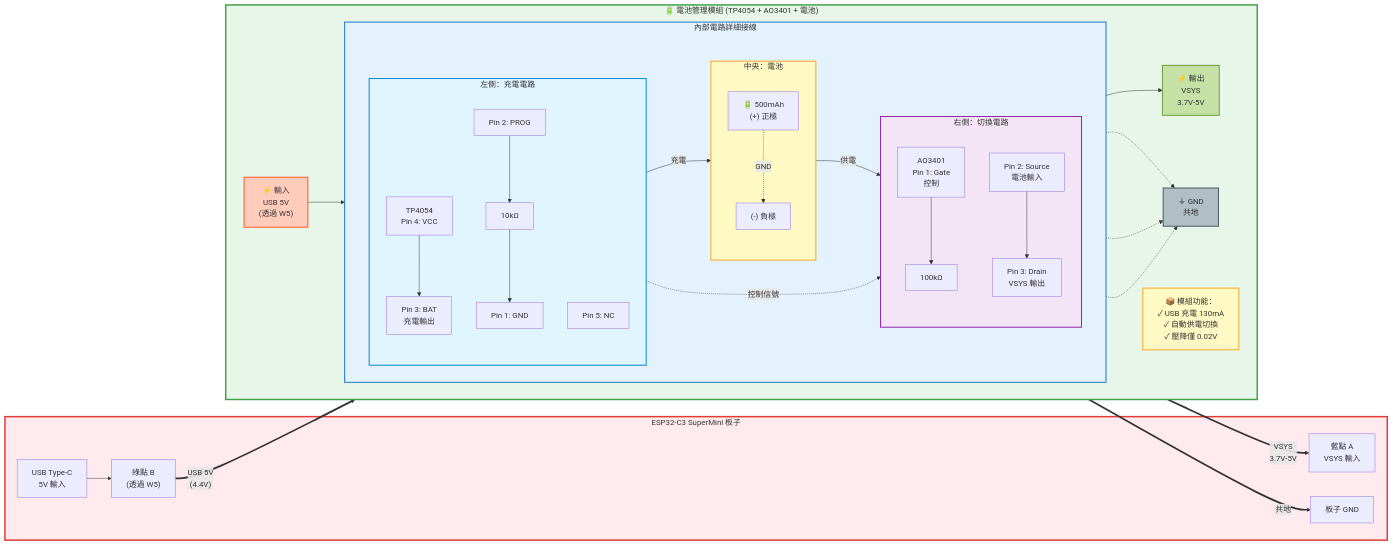
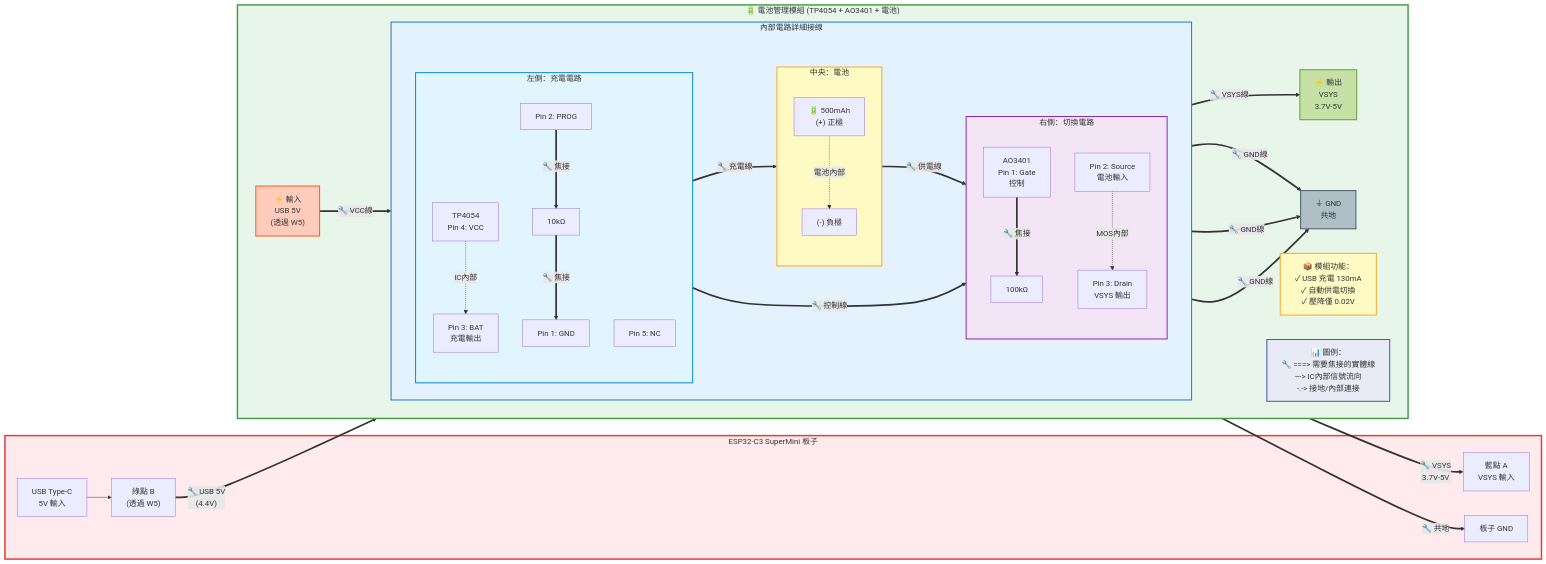
Before and after one commit to DanielYJHsieh/esp32c3: the first of 2 diagrams in battery_management/docs/SUPERMINI_BATTERY_DESIGN.md, drawn with Mermaid. The commit also changed 1 other file, not shown here.

Commit message:
電路圖新增線條圖例：🔧 粗線表示需焊接的實體線，虛線表示IC內部連接

```diff
--- a/battery_management/docs/SUPERMINI_BATTERY_DESIGN.md
+++ b/battery_management/docs/SUPERMINI_BATTERY_DESIGN.md
@@ -159,16 +159,16 @@
                 TP_GND["Pin 1: GND"]
                 TP_NC["Pin 5: NC"]
                 
-                TP_VCC --> TP_BAT
-                TP_PROG --> R_PROG
-                R_PROG --> TP_GND
+                TP_VCC -.->|IC內部| TP_BAT
+                TP_PROG ==>|"🔧 焦接"| R_PROG
+                R_PROG ==>|"🔧 焦接"| TP_GND
             end
             
             subgraph CENTER_CIRCUIT["中央：電池"]
                 direction TB
                 BAT_POS["🔋 500mAh<br/>(+) 正極"]
                 BAT_NEG["(-) 負極"]
-                BAT_POS -.->|GND| BAT_NEG
+                BAT_POS -.->|電池內部| BAT_NEG
             end
             
             subgraph RIGHT_CIRCUIT["右側：切換電路"]
@@ -178,33 +178,36 @@
                 AO_SOURCE["Pin 2: Source<br/>電池輸入"]
                 AO_DRAIN["Pin 3: Drain<br/>VSYS 輸出"]
                 
-                AO_GATE --> R_GATE
-                AO_SOURCE --> AO_DRAIN
+                AO_GATE ==>|"🔧 焦接"| R_GATE
+                AO_SOURCE -.->|MOS內部| AO_DRAIN
             end
             
-            TP_BAT -->|充電| BAT_POS
-            BAT_POS -->|供電| AO_SOURCE
-            TP_VCC -.->|控制信號| AO_GATE
+            TP_BAT ==>|"🔧 充電線"| BAT_POS
+            BAT_POS ==>|"🔧 供電線"| AO_SOURCE
+            TP_VCC ==>|"🔧 控制線"| AO_GATE
         end
         
         OUTPUT["⚡ 輸出<br/>VSYS<br/>3.7V-5V"]
         GND_MODULE["⏚ GND<br/>共地"]
         
-        INPUT --> TP_VCC
-        AO_DRAIN --> OUTPUT
-        TP_GND -.-> GND_MODULE
-        BAT_NEG -.-> GND_MODULE
-        R_GATE -.-> GND_MODULE
+        INPUT ==>|"🔧 VCC線"| TP_VCC
+        AO_DRAIN ==>|"🔧 VSYS線"| OUTPUT
+        TP_GND ==>|"🔧 GND線"| GND_MODULE
+        BAT_NEG ==>|"🔧 GND線"| GND_MODULE
+        R_GATE ==>|"🔧 GND線"| GND_MODULE
         
         NOTE_MODULE["📦 模組功能：<br/>✓ USB 充電 130mA<br/>✓ 自動供電切換<br/>✓ 壓降僅 0.02V"]:::noteStyle
+        
+        LEGEND["📊 圖例：<br/>🔧 ===> 需要焦接的實體線<br/>---> IC內部信號流向<br/>-.-> 接地/內部連接"]:::legendStyle
     end
     
     USB --> W5_OUT
-    W5_OUT ==>|"USB 5V<br/>(4.4V)"| INPUT
-    OUTPUT ==>|"VSYS<br/>3.7V-5V"| VSYS_IN
-    GND_MODULE ==>|"共地"| PCB_GND1
+    W5_OUT ==>|"🔧 USB 5V<br/>(4.4V)"| INPUT
+    OUTPUT ==>|"🔧 VSYS<br/>3.7V-5V"| VSYS_IN
+    GND_MODULE ==>|"🔧 共地"| PCB_GND1
     
     classDef noteStyle fill:#fff9c4,stroke:#f9a825,stroke-width:2px
+    classDef legendStyle fill:#e8eaf6,stroke:#3f51b5,stroke-width:2px
     
     style SUPERMINI fill:#ffebee,stroke:#e53935,stroke-width:3px
     style BATTERY_MODULE fill:#e8f5e9,stroke:#43a047,stroke-width:3px
```
